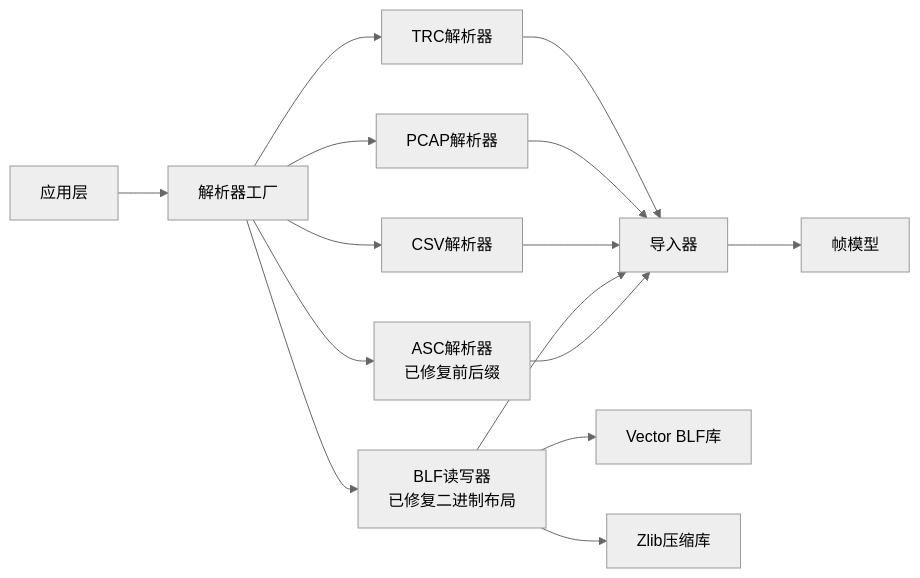
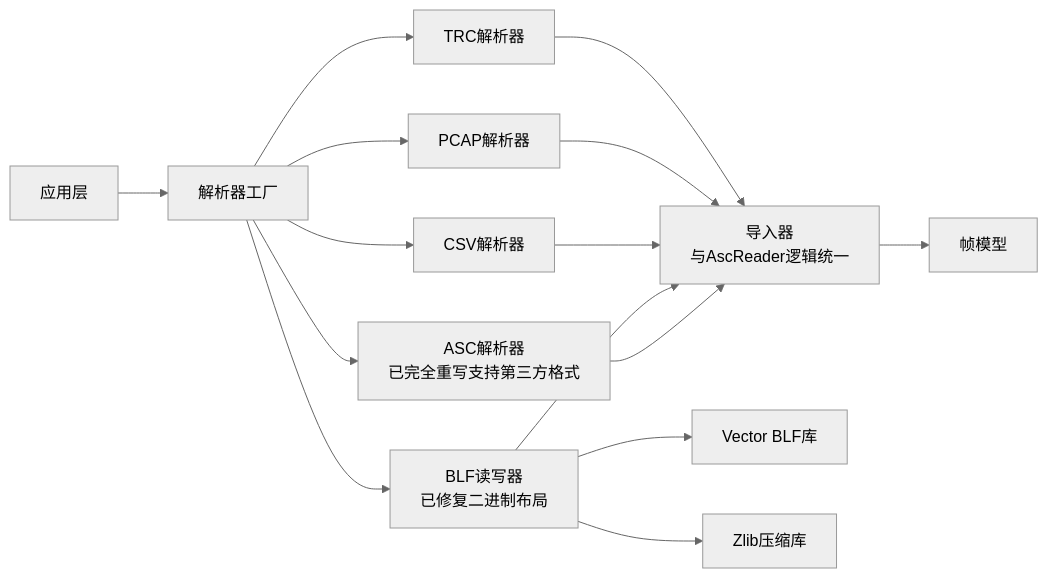
Before and after one commit to jakecai1225-design/OpenBus: diagram 11 of 11 in .qoder/repowiki/zh/content/核心模块详解/CAN文件IO系统.md, drawn with Mermaid (neutral theme). The commit also changed other lines of this file and 12 other files, not shown here.

Commit message:
graphic回放bug

````diff
--- a/.qoder/repowiki/zh/content/核心模块详解/CAN文件IO系统.md
+++ b/.qoder/repowiki/zh/content/核心模块详解/CAN文件IO系统.md
@@ -508,17 +527,17 @@
 ```mermaid
 graph LR
 App["应用层"] --> Factory["解析器工厂"]
-Factory --> Asc["ASC解析器<br/>已修复前后缀"]
+Factory --> Asc["ASC解析器<br/>已完全重写支持第三方格式"]
 Factory --> Blf["BLF读写器<br/>已修复二进制布局"]
 Factory --> Csv["CSV解析器"]
 Factory --> Pcap["PCAP解析器"]
 Factory --> Trc["TRC解析器"]
-Asc --> Importer["导入器"]
+Asc --> Importer["导入器<br/>与AscReader逻辑统一"]
 Blf --> Importer
 Csv --> Importer
 Pcap --> Importer
 Trc --> Importer
 Importer --> Model["帧模型"]
 Blf --> VectorBLF["Vector BLF库"]
 Blf --> Zlib["Zlib压缩库"]
 ```
````
